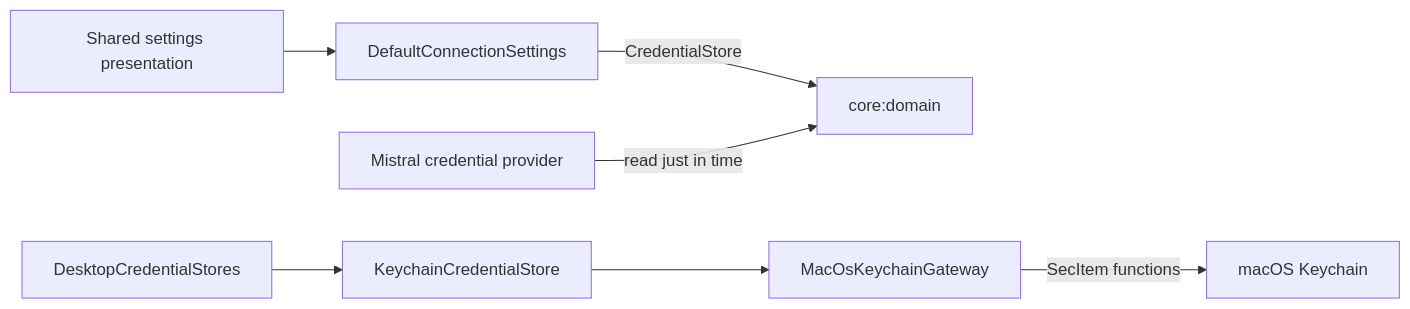
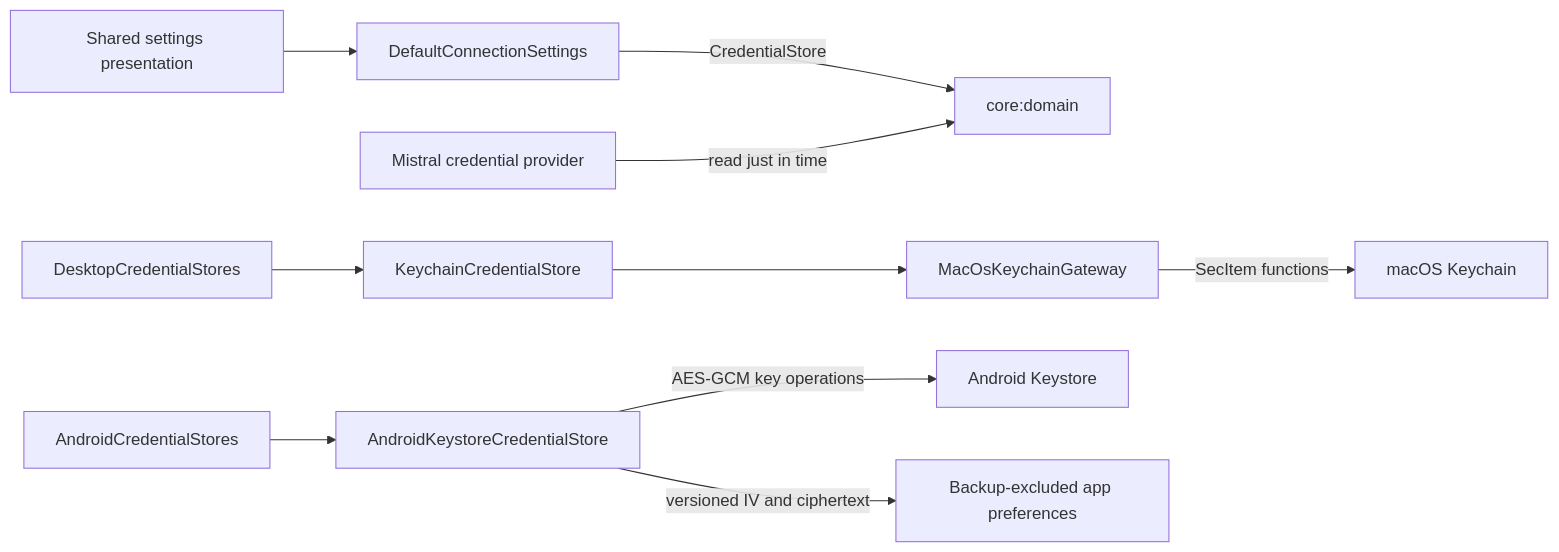
One commit to artemidius/blowhard changed the diagram in docs/architecture/credential-storage.md. Above: the diagram before and after it, drawn with Mermaid. The commit also changed other lines of this file and 18 other files, not shown here.

Commit message:
Add Android Keystore credential adapter (#79)

````diff
--- a/docs/architecture/credential-storage.md
+++ b/docs/architecture/credential-storage.md
@@ -5,9 +5,12 @@
 ```mermaid
 flowchart LR
     Settings[DefaultConnectionSettings] -->|CredentialStore| Domain[core:domain]
     UI[Shared settings presentation] --> Settings
     Provider[Mistral credential provider] -->|read just in time| Domain
     Factory[DesktopCredentialStores] --> Store[KeychainCredentialStore]
     Store --> Gateway[MacOsKeychainGateway]
     Gateway -->|SecItem functions| Keychain[macOS Keychain]
+    AndroidFactory[AndroidCredentialStores] --> AndroidStore[AndroidKeystoreCredentialStore]
+    AndroidStore -->|AES-GCM key operations| AndroidKeyStore[Android Keystore]
+    AndroidStore -->|versioned IV and ciphertext| PrivatePrefs[Backup-excluded app preferences]
 ```
````
